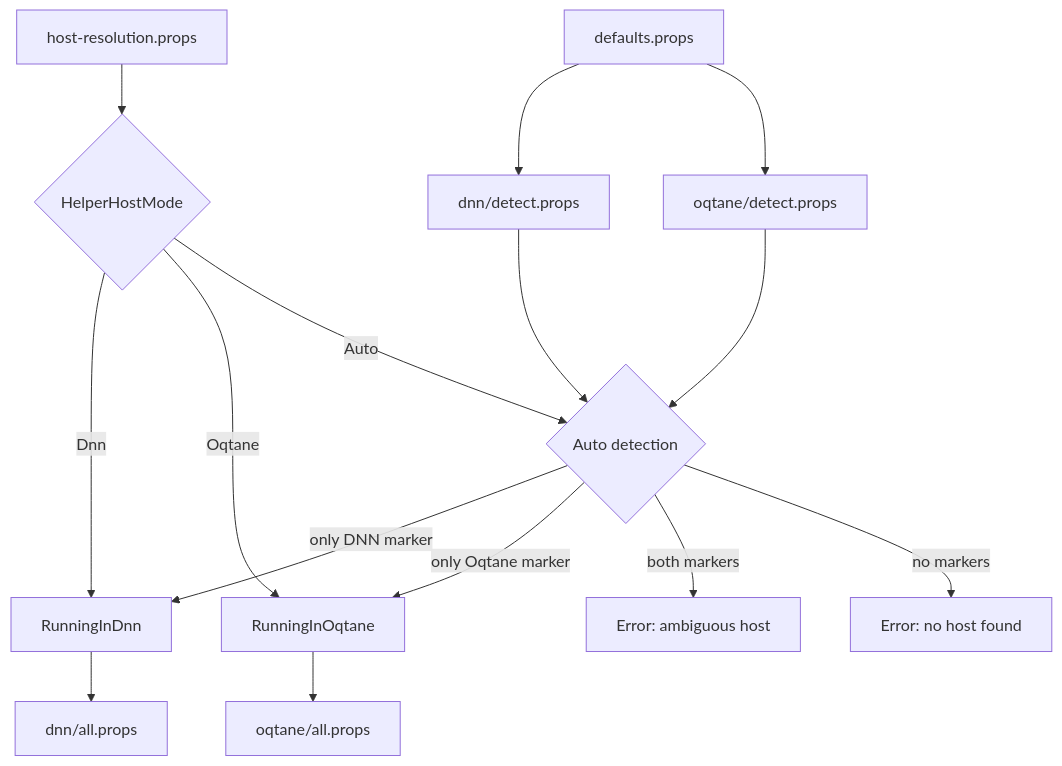
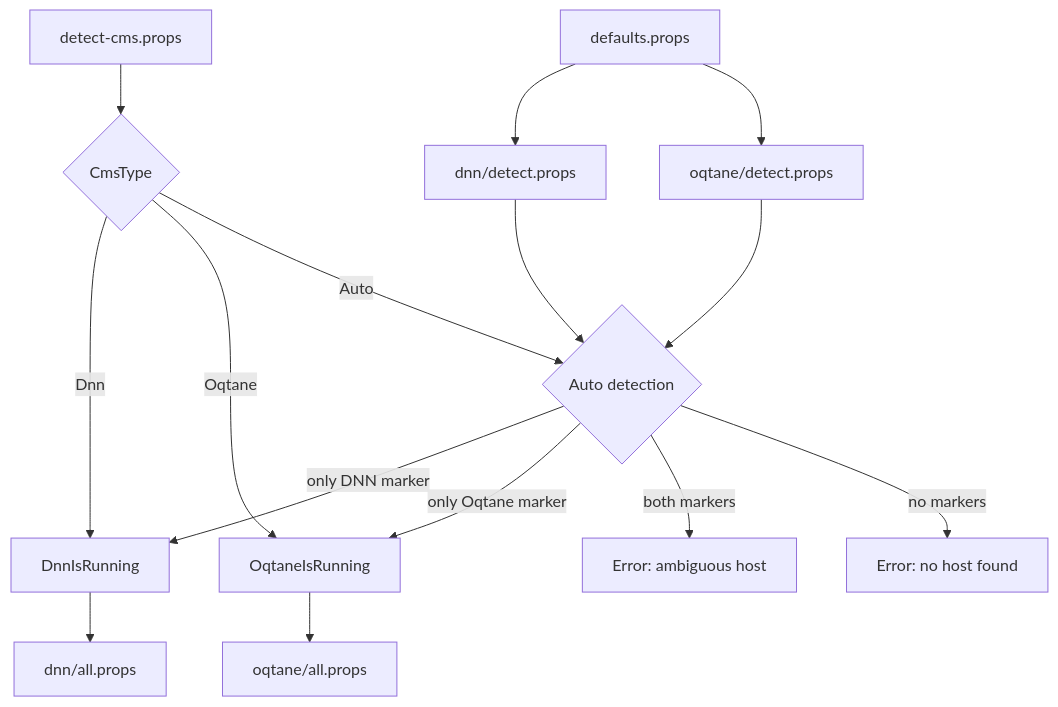
The second of 3 diagrams in readme.md (2sxc-apps/app-extension-dotnet-project), drawn with Mermaid before and after one commit. The commit also changed other lines of this file and 14 other files, not shown here.

````diff
--- a/readme.md
+++ b/readme.md
@@ -195,21 +195,21 @@
 ```mermaid
 flowchart TD
     DEF[defaults.props] --> DNNDET[dnn/detect.props]
     DEF --> OQTDET[oqtane/detect.props]
 
-    HOST[host-resolution.props] --> MODE{HelperHostMode}
+    HOST[detect-cms.props] --> MODE{CmsType}
     DNNDET --> AUTO{Auto detection}
     OQTDET --> AUTO
 
-    MODE -->|Dnn| RD[RunningInDnn]
-    MODE -->|Oqtane| RO[RunningInOqtane]
+    MODE -->|Dnn| RD[DnnIsRunning]
+    MODE -->|Oqtane| RO[OqtaneIsRunning]
     MODE -->|Auto| AUTO
 
     AUTO -->|only DNN marker| RD
     AUTO -->|only Oqtane marker| RO
     AUTO -->|both markers| E1[Error: ambiguous host]
     AUTO -->|no markers| E2[Error: no host found]
 
     RD --> DNN[dnn/all.props]
     RO --> OQT[oqtane/all.props]
 ```
````
